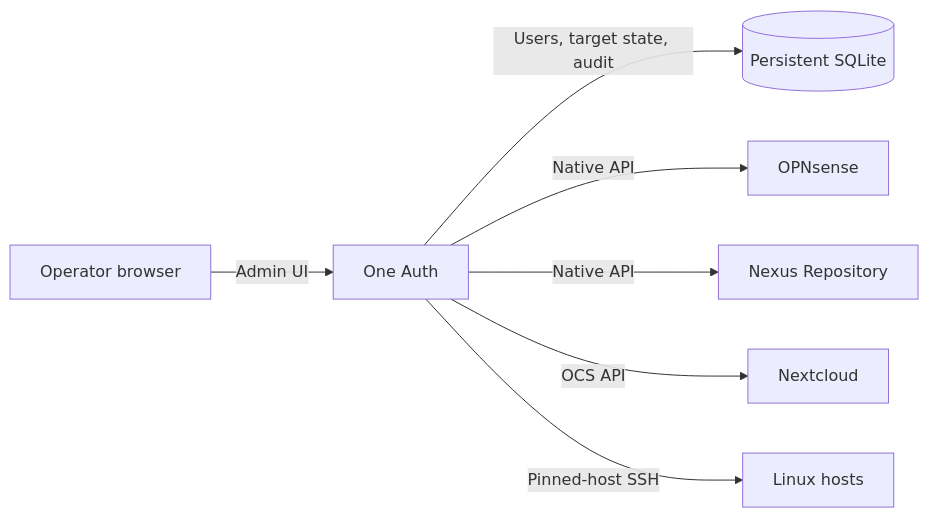
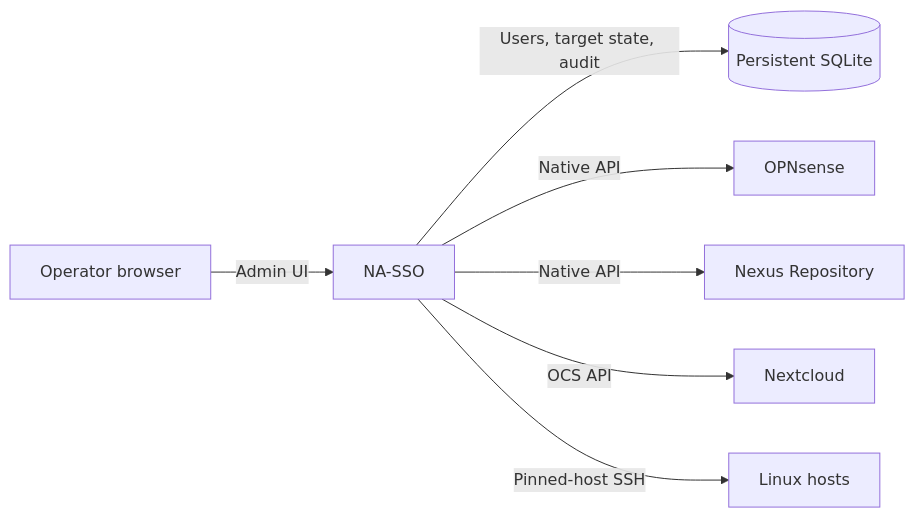
The diagram in README.md (jpbaking/na-sso), drawn with Mermaid before and after one commit. The commit also changed other lines of this file and 107 other files, not shown here.

````diff
--- a/README.md
+++ b/README.md
@@ -49,9 +51,9 @@
 ```mermaid
 flowchart LR
-    Operator["Operator browser"] -->|"Admin UI"| OneAuth["One Auth"]
-    OneAuth -->|"Users, target state, audit"| SQLite[("Persistent SQLite")]
-    OneAuth -->|"Native API"| OPNsense["OPNsense"]
-    OneAuth -->|"Native API"| Nexus["Nexus Repository"]
-    OneAuth -->|"OCS API"| Nextcloud["Nextcloud"]
-    OneAuth -->|"Pinned-host SSH"| Linux["Linux hosts"]
+    Operator["Operator browser"] -->|"Admin UI"| NaSso["NA-SSO"]
+    NaSso -->|"Users, target state, audit"| SQLite[("Persistent SQLite")]
+    NaSso -->|"Native API"| OPNsense["OPNsense"]
+    NaSso -->|"Native API"| Nexus["Nexus Repository"]
+    NaSso -->|"OCS API"| Nextcloud["Nextcloud"]
+    NaSso -->|"Pinned-host SSH"| Linux["Linux hosts"]
 ```
````
